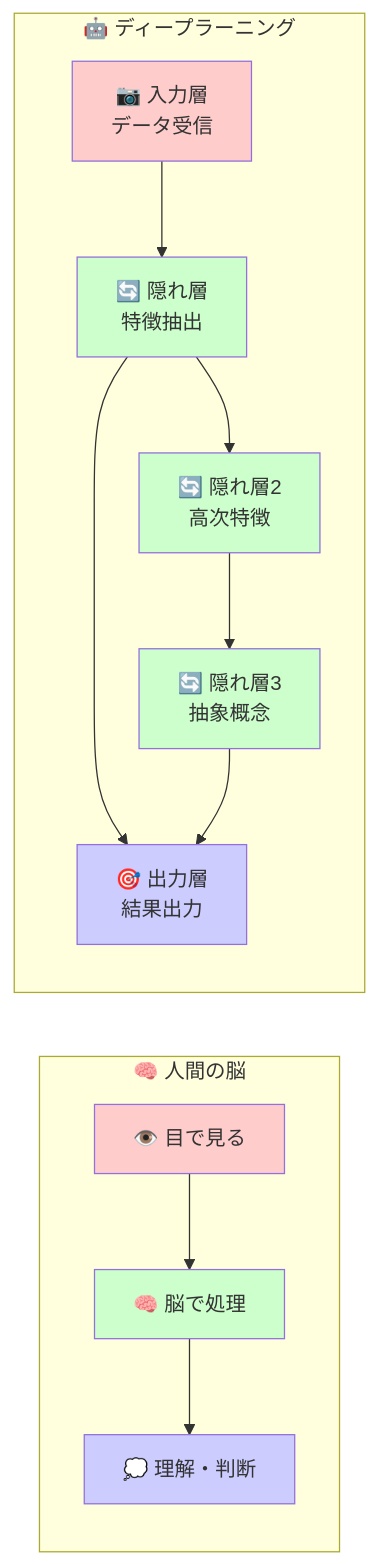
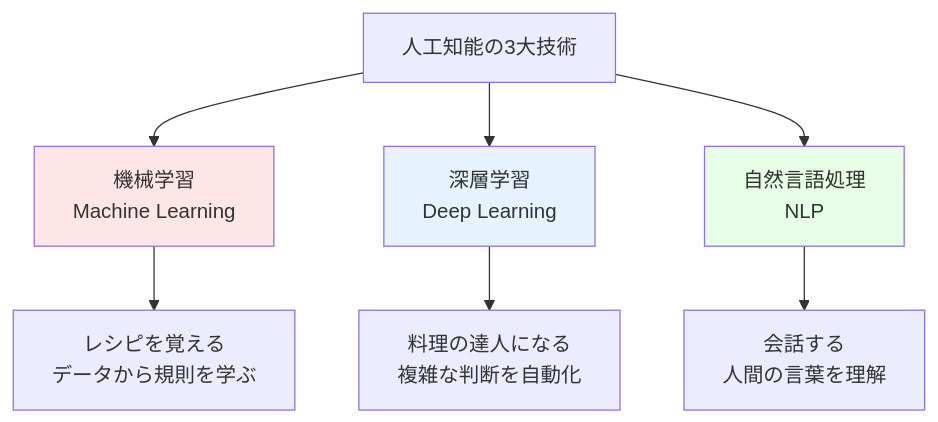
One commit to SparklingDetergent/doc_genai_mental_model changed the third of 9 diagrams in AI/README.MD. Above: the diagram before and after it, drawn with Mermaid. The commit also changed other lines of this file, not shown here.

````diff
--- a/AI/README.MD
+++ b/AI/README.MD
@@ -196,22 +73,18 @@
 ```mermaid
-graph LR
-    subgraph "🧠 人間の脳"
-        A1[👁️ 目で見る] --> B1[🧠 脳で処理] --> C1[💭 理解・判断]
-    end
+flowchart TD
+    A[人工知能の3大技術] --> B[機械学習<br/>Machine Learning]
+    A --> C[深層学習<br/>Deep Learning]  
+    A --> D[自然言語処理<br/>NLP]
     
-    subgraph "🤖 ディープラーニング"
-        A2[📷 入力層<br/>データ受信] --> B2[🔄 隠れ層<br/>特徴抽出] --> C2[🎯 出力層<br/>結果出力]
-        B2 --> B3[🔄 隠れ層2<br/>高次特徴]
-        B3 --> B4[🔄 隠れ層3<br/>抽象概念]
-        B4 --> C2
-    end
+    B --> E[レシピを覚える<br/>データから規則を学ぶ]
+    C --> F[料理の達人になる<br/>複雑な判断を自動化]
+    D --> G[会話する<br/>人間の言葉を理解]
     
-    style A1 fill:#ffcccc
-    style B1 fill:#ccffcc
-    style C1 fill:#ccccff
-    style A2 fill:#ffcccc
-    style B2 fill:#ccffcc
-    style B3 fill:#ccffcc
-    style B4 fill:#ccffcc
-    style C2 fill:#ccccff
+    style B fill:#ffe6e6
+    style C fill:#e6f3ff
+    style D fill:#e6ffe6
+    
+    click B "/docs/machine-learning.md" "機械学習の詳細"
+    click C "/docs/deep-learning.md" "深層学習とは"
+    click D "/docs/nlp.md" "自然言語処理"
 ```
````
